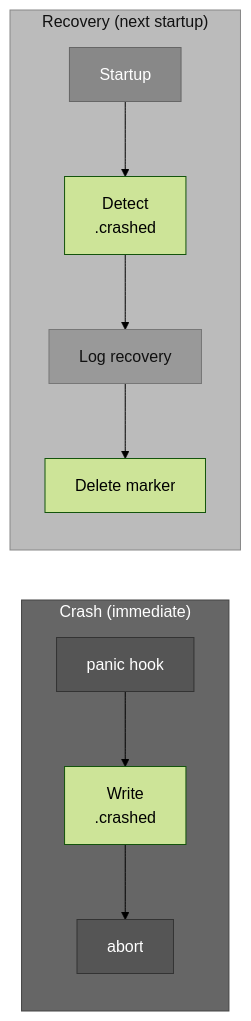
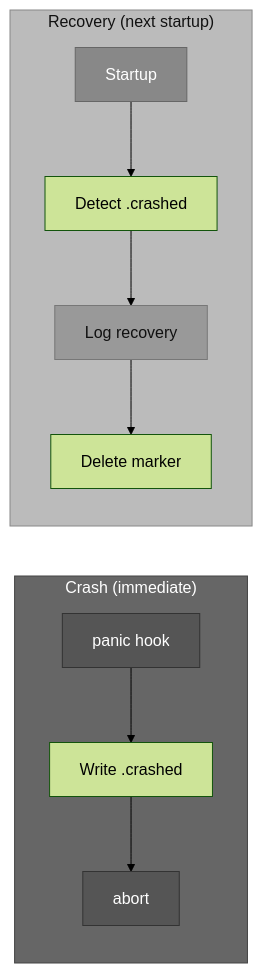
Diagram 11 of 14 in ARCHITECTURE.md (OpenObscure/OpenObscure), drawn with Mermaid (forest theme) before and after one commit. The commit also changed other lines of this file and 1 other file, not shown here.

First line of the commit message:
Remove \n line breaks from mermaid flowchart labels

````diff
--- a/ARCHITECTURE.md
+++ b/ARCHITECTURE.md
@@ -530,16 +530,16 @@
 ```mermaid
 flowchart LR
     subgraph crash ["Crash (immediate)"]
-        panic["panic hook"] --> write["Write\n.crashed"] --> abort["abort"]
+        panic["panic hook"] --> write["Write .crashed"] --> abort["abort"]
     end
     subgraph recovery ["Recovery (next startup)"]
-        restart["Startup"] --> detect["Detect\n.crashed"] --> log["Log recovery"] --> delete["Delete marker"]
+        restart["Startup"] --> detect["Detect .crashed"] --> log["Log recovery"] --> delete["Delete marker"]
     end
 
     style crash fill:#666,stroke:#444,color:#fff
     style recovery fill:#bbb,stroke:#888,color:#111
     style panic fill:#555,stroke:#333,color:#fff
     style abort fill:#555,stroke:#333,color:#fff
     style restart fill:#888,stroke:#666,color:#fff
     style log fill:#999,stroke:#777,color:#111
 ```
````
